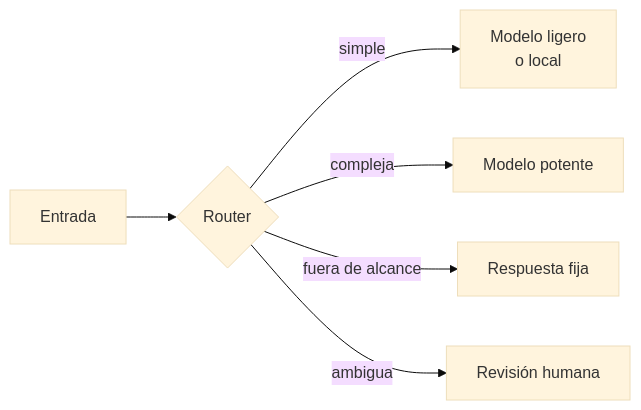
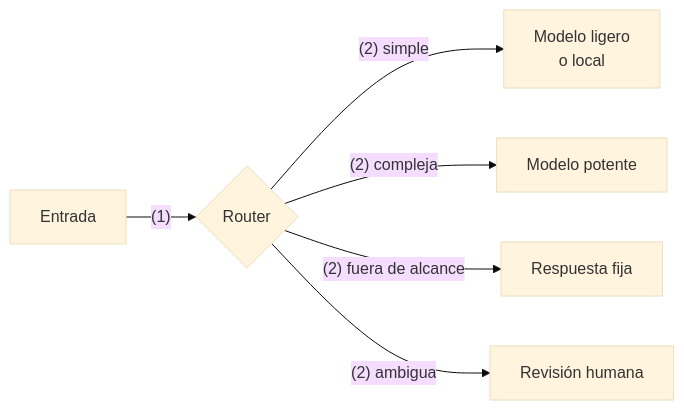
The eighth of 47 diagrams in md/Patrones aplicados al desarrollo de agentes.md (whinedo/ai-docs), drawn with Mermaid (base theme) before and after one commit. The commit also changed other lines of this file and 12 other files, not shown here.

````diff
--- a/md/Patrones aplicados al desarrollo de agentes.md
+++ b/md/Patrones aplicados al desarrollo de agentes.md
@@ -294,8 +402,8 @@
 ```mermaid
 flowchart LR
-  IN["Entrada"] --> R{"Router"}
-  R -- "simple" --> A["Modelo ligero<br/>o local"]
-  R -- "compleja" --> B["Modelo potente"]
-  R -- "fuera de alcance" --> C["Respuesta fija"]
-  R -- "ambigua" --> H["Revisión humana"]
+  IN["Entrada"] -- "(1)" --> R{"Router"}
+  R -- "(2) simple" --> A["Modelo ligero<br/>o local"]
+  R -- "(2) compleja" --> B["Modelo potente"]
+  R -- "(2) fuera de alcance" --> C["Respuesta fija"]
+  R -- "(2) ambigua" --> H["Revisión humana"]
 ```
````
